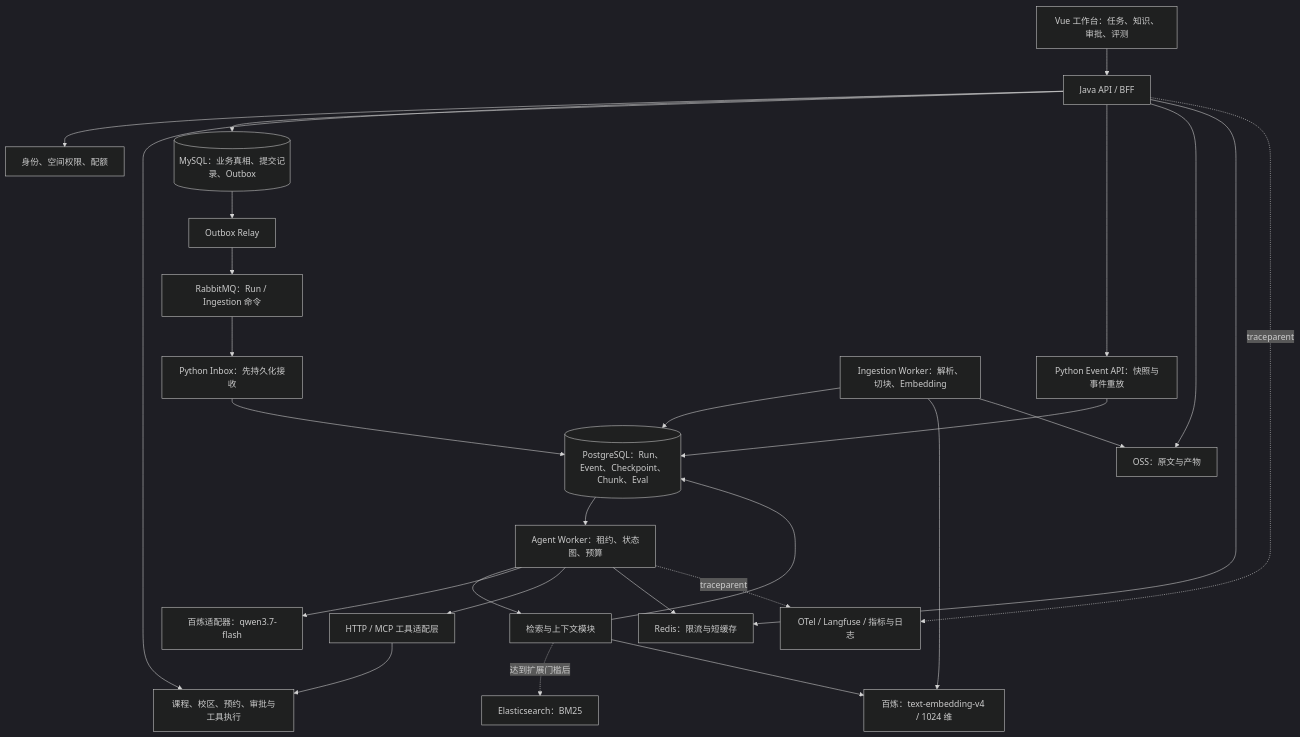
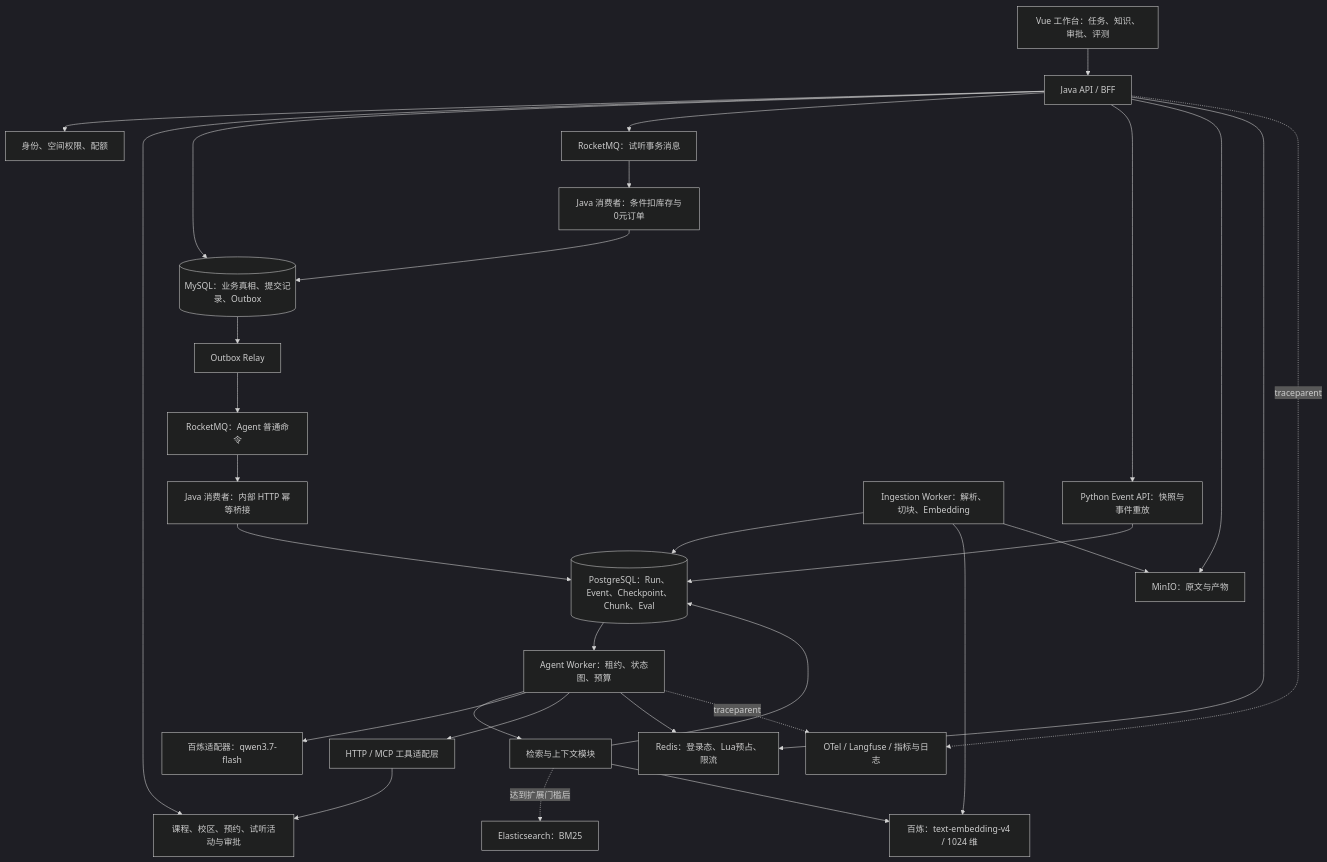
Before and after one commit to Chen166-cloud/zhikexing-backend: the first of 3 diagrams in docs/upgrade-plan/2027-AI-Agent-改造研发方案.md, drawn with Mermaid (dark theme). The commit also changed other lines of this file and 60 other files, not shown here.

Commit message:
feat: add trial flash sale and RocketMQ agent delivery

```diff
--- a/docs/upgrade-plan/2027-AI-Agent-改造研发方案.md
+++ b/docs/upgrade-plan/2027-AI-Agent-改造研发方案.md
@@ -201,29 +151,32 @@
 ~~~mermaid
 flowchart TB
     UI["Vue 工作台：任务、知识、审批、评测"] --> API["Java API / BFF"]
     API --> AUTH["身份、空间权限、配额"]
-    API --> BIZ["课程、校区、预约、审批与工具执行"]
+    API --> BIZ["课程、校区、预约、试听活动与审批"]
     API --> MYSQL[("MySQL：业务真相、提交记录、Outbox")]
     MYSQL --> RELAY["Outbox Relay"]
-    RELAY --> MQ["RabbitMQ：Run / Ingestion 命令"]
-    MQ --> INBOX["Python Inbox：先持久化接收"]
-    INBOX --> PG[("PostgreSQL：Run、Event、Checkpoint、Chunk、Eval")]
+    RELAY --> MQ["RocketMQ：Agent 普通命令"]
+    MQ --> BRIDGE["Java 消费者：内部 HTTP 幂等桥接"]
+    BRIDGE --> PG[("PostgreSQL：Run、Event、Checkpoint、Chunk、Eval")]
+    API --> TXMQ["RocketMQ：试听事务消息"]
+    TXMQ --> ORDER["Java 消费者：条件扣库存与0元订单"]
+    ORDER --> MYSQL
     PG --> WORKER["Agent Worker：租约、状态图、预算"]
     WORKER --> RETRIEVE["检索与上下文模块"]
     RETRIEVE --> PG
     RETRIEVE -. "达到扩展门槛后" .-> ES["Elasticsearch：BM25"]
     WORKER --> MODEL["百炼适配器：qwen3.7-flash"]
     WORKER --> TOOL["HTTP / MCP 工具适配层"]
     TOOL --> BIZ
     API --> STREAM["Python Event API：快照与事件重放"]
     STREAM --> PG
     INGEST["Ingestion Worker：解析、切块、Embedding"] --> PG
     INGEST --> EMBED["百炼：text-embedding-v4 / 1024 维"]
     RETRIEVE --> EMBED
-    INGEST --> OSS["OSS：原文与产物"]
+    INGEST --> OSS["MinIO：原文与产物"]
     API --> OSS
-    API --> REDIS["Redis：限流与短缓存"]
+    API --> REDIS["Redis：登录态、Lua预占、限流"]
     WORKER --> REDIS
     API -. "traceparent" .-> OBS["OTel / Langfuse / 指标与日志"]
     WORKER -. "traceparent" .-> OBS
 ~~~
```
